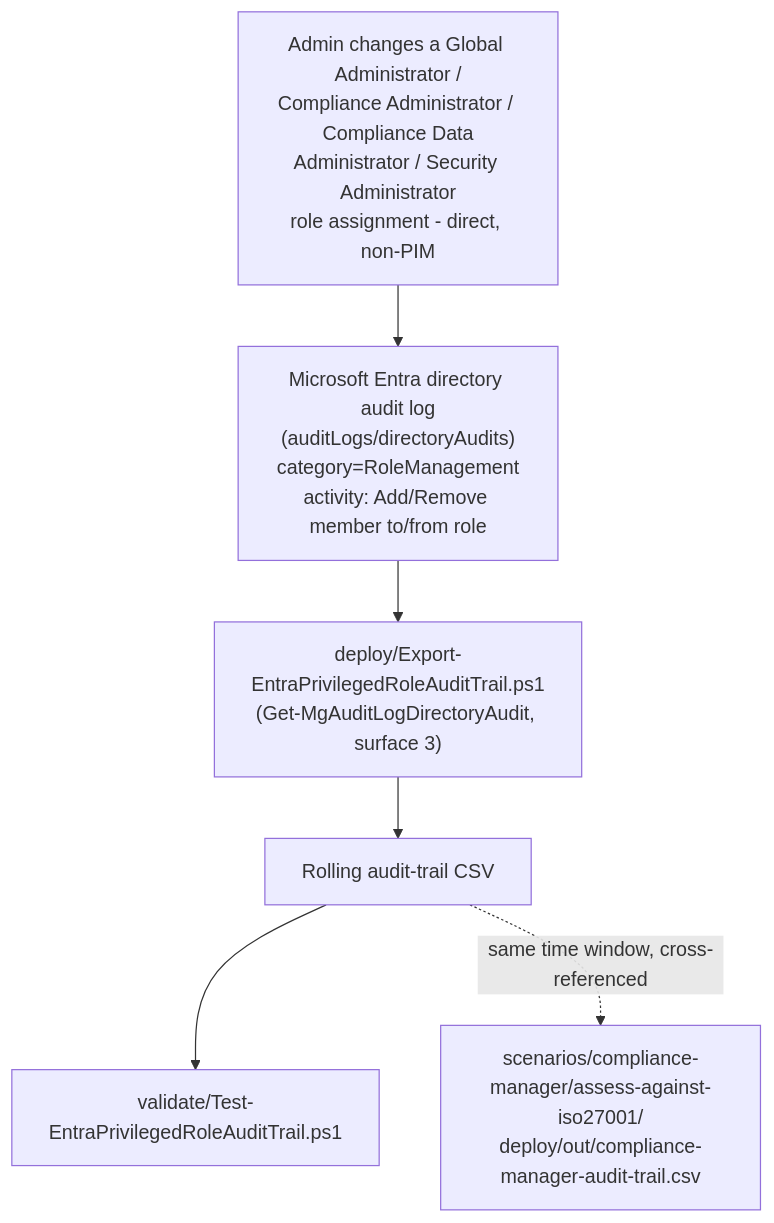
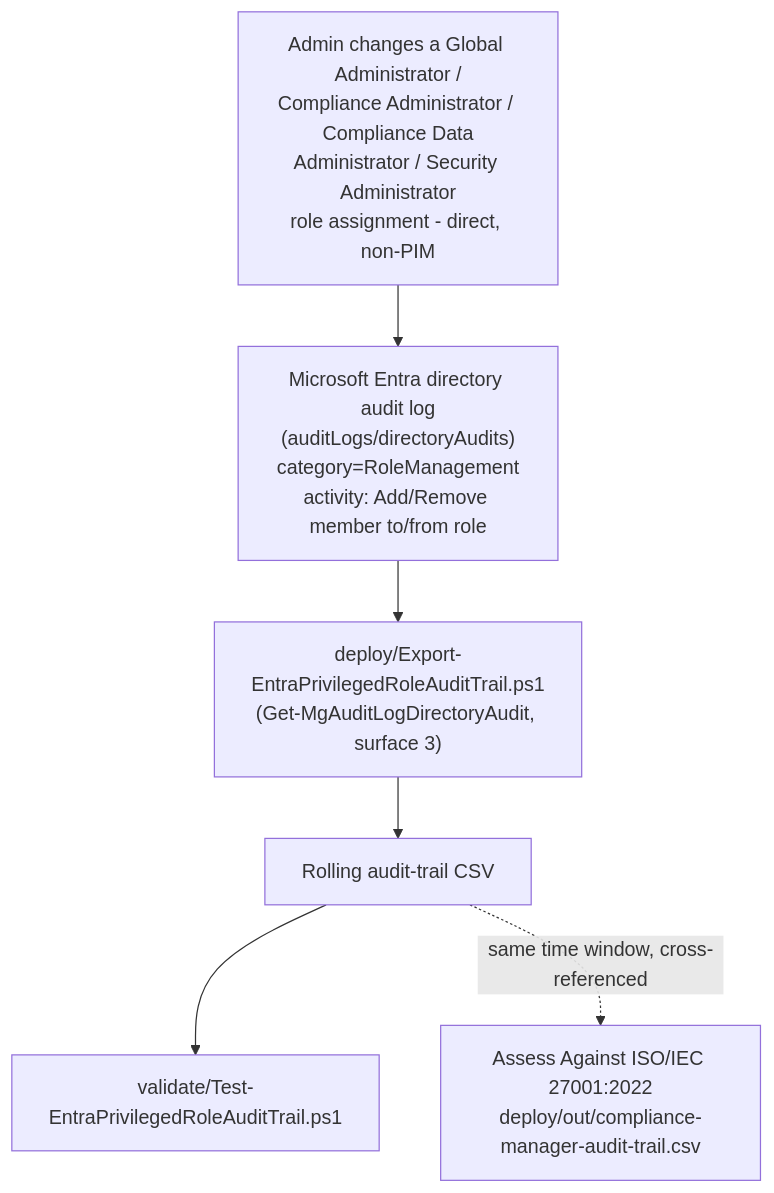
The diagram in src/content/scenarios/compliance-manager/entra-privileged-role-monitoring.design.md (kpsec1/kpsec1.github.io), drawn with Mermaid before and after one commit. The commit also changed 269 other files, not shown here.

````diff
--- a/src/content/scenarios/compliance-manager/entra-privileged-role-monitoring.design.md
+++ b/src/content/scenarios/compliance-manager/entra-privileged-role-monitoring.design.md
@@ -190,8 +190,8 @@
 ```mermaid
 flowchart TD
     A["Admin changes a Global Administrator /<br/>Compliance Administrator / Compliance Data<br/>Administrator / Security Administrator<br/>role assignment - direct, non-PIM"] --> B["Microsoft Entra directory audit log<br/>(auditLogs/directoryAudits)<br/>category=RoleManagement<br/>activity: Add/Remove member to/from role"]
     B --> C["deploy/Export-EntraPrivilegedRoleAuditTrail.ps1<br/>(Get-MgAuditLogDirectoryAudit, surface 3)"]
     C --> D[Rolling audit-trail CSV]
     D --> E["validate/Test-EntraPrivilegedRoleAuditTrail.ps1"]
-    D -.same time window, cross-referenced.-> F["scenarios/compliance-manager/assess-against-iso27001/<br/>deploy/out/compliance-manager-audit-trail.csv"]
+    D -.same time window, cross-referenced.-> F["Assess Against ISO/IEC 27001:2022<br/>deploy/out/compliance-manager-audit-trail.csv"]
 ```
````
